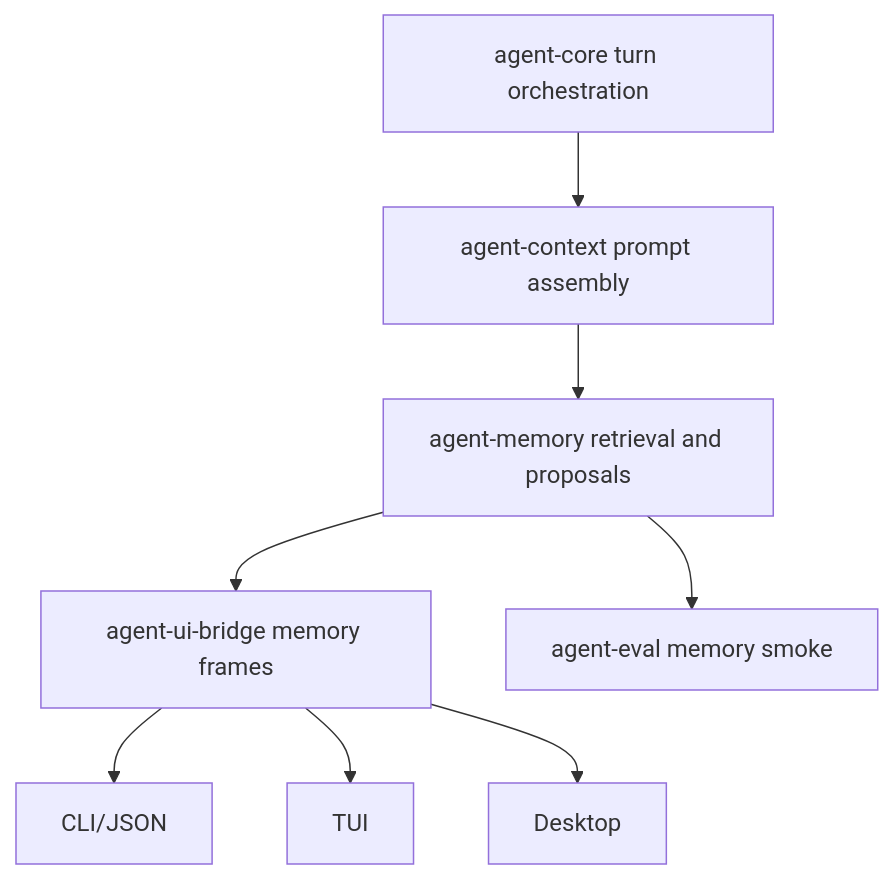
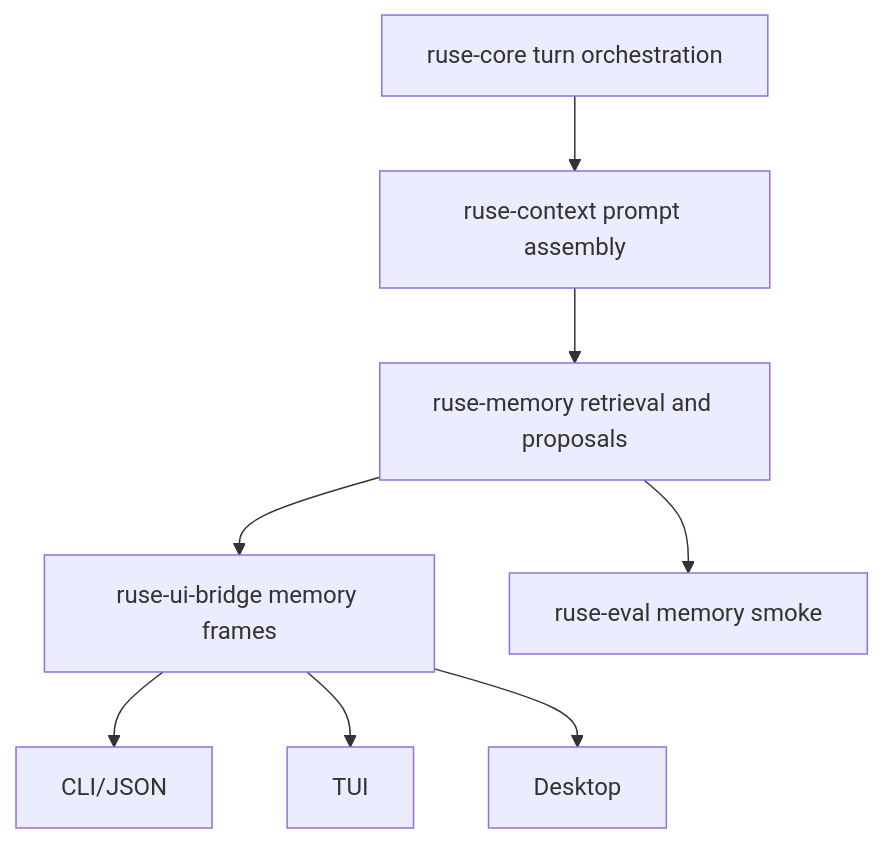
Before and after one commit to poneding/agent: the diagram in docs/specs/M64-memory-personalization.spec.md, drawn with Mermaid. The commit also changed other lines of this file and 2091 other files, not shown here.

First line of the commit message:
refactor: rename agent branding to ruse

````diff
--- a/docs/specs/M64-memory-personalization.spec.md
+++ b/docs/specs/M64-memory-personalization.spec.md
@@ -37,10 +37,10 @@
 ```mermaid
 flowchart TD
-  Core["agent-core turn orchestration"] --> Context["agent-context prompt assembly"]
-  Context --> Memory["agent-memory retrieval and proposals"]
-  Memory --> Bridge["agent-ui-bridge memory frames"]
+  Core["ruse-core turn orchestration"] --> Context["ruse-context prompt assembly"]
+  Context --> Memory["ruse-memory retrieval and proposals"]
+  Memory --> Bridge["ruse-ui-bridge memory frames"]
   Bridge --> CLI["CLI/JSON"]
   Bridge --> TUI["TUI"]
   Bridge --> Desktop["Desktop"]
-  Memory --> Eval["agent-eval memory smoke"]
+  Memory --> Eval["ruse-eval memory smoke"]
 ```
````
